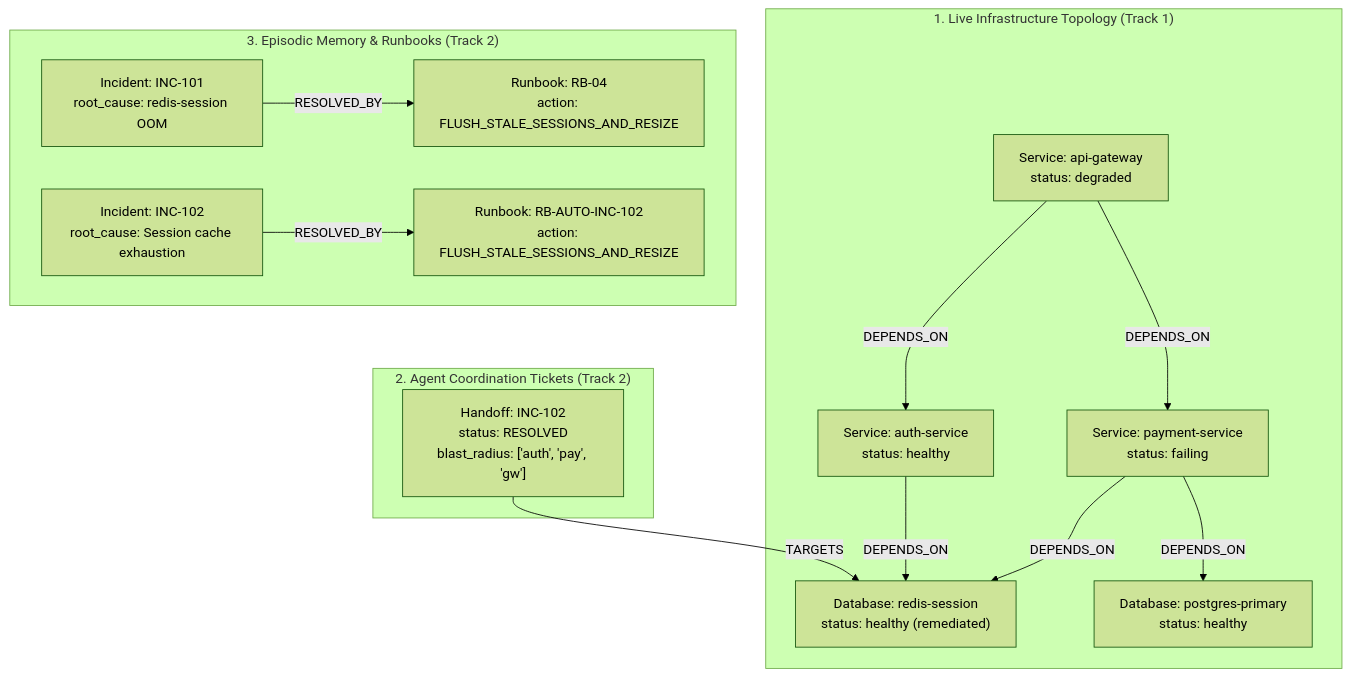
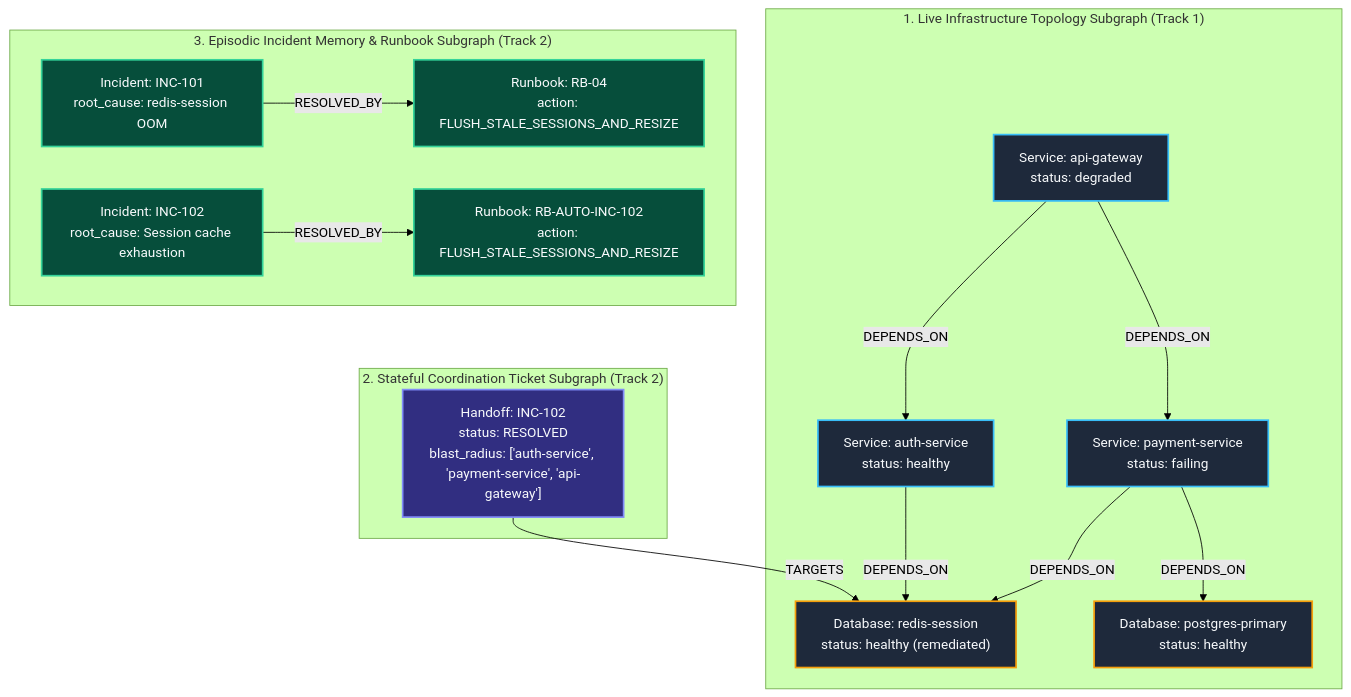
One commit to Don-Cornelius-B/graph-hacks-multi-agent changed the second of 3 diagrams in README.md. Above: the diagram before and after it, drawn with Mermaid (forest theme). The commit also changed other lines of this file and 1 other file, not shown here.

Commit message:
docs: rewrite README.md into publication-grade technical specification for FalkorDB Graph Hacks

````diff
--- a/README.md
+++ b/README.md
@@ -113,19 +139,29 @@
 ```mermaid
 graph TD
-    subgraph TopologyGraph ["1. Live Infrastructure Topology (Track 1)"]
+    subgraph Subgraph1 ["1. Live Infrastructure Topology Subgraph (Track 1)"]
         GW["Service: api-gateway<br/>status: degraded"] -->|DEPENDS_ON| AUTH["Service: auth-service<br/>status: healthy"]
         GW -->|DEPENDS_ON| PAY["Service: payment-service<br/>status: failing"]
         AUTH -->|DEPENDS_ON| REDIS["Database: redis-session<br/>status: healthy (remediated)"]
         PAY -->|DEPENDS_ON| REDIS
         PAY -->|DEPENDS_ON| PG["Database: postgres-primary<br/>status: healthy"]
     end
 
-    subgraph CoordinationGraph ["2. Agent Coordination Tickets (Track 2)"]
-        HO["Handoff: INC-102<br/>status: RESOLVED<br/>blast_radius: ['auth', 'pay', 'gw']"] -->|TARGETS| REDIS
+    subgraph Subgraph2 ["2. Stateful Coordination Ticket Subgraph (Track 2)"]
+        HO["Handoff: INC-102<br/>status: RESOLVED<br/>blast_radius: ['auth-service', 'payment-service', 'api-gateway']"] -->|TARGETS| REDIS
     end
 
-    subgraph MemoryGraph ["3. Episodic Memory & Runbooks (Track 2)"]
+    subgraph Subgraph3 ["3. Episodic Incident Memory & Runbook Subgraph (Track 2)"]
         INC101["Incident: INC-101<br/>root_cause: redis-session OOM"] -->|RESOLVED_BY| RB1["Runbook: RB-04<br/>action: FLUSH_STALE_SESSIONS_AND_RESIZE"]
         INC102["Incident: INC-102<br/>root_cause: Session cache exhaustion"] -->|RESOLVED_BY| RB2["Runbook: RB-AUTO-INC-102<br/>action: FLUSH_STALE_SESSIONS_AND_RESIZE"]
     end
+
+    classDef service fill:#1e293b,stroke:#38bdf8,stroke-width:2px,color:#f8fafc;
+    classDef database fill:#1e293b,stroke:#f59e0b,stroke-width:2px,color:#f8fafc;
+    classDef handoff fill:#312e81,stroke:#818cf8,stroke-width:2px,color:#f8fafc;
+    classDef memory fill:#064e3b,stroke:#34d399,stroke-width:2px,color:#f8fafc;
+
+    class GW,AUTH,PAY service;
+    class REDIS,PG database;
+    class HO handoff;
+    class INC101,INC102,RB1,RB2 memory;
 ```
````
